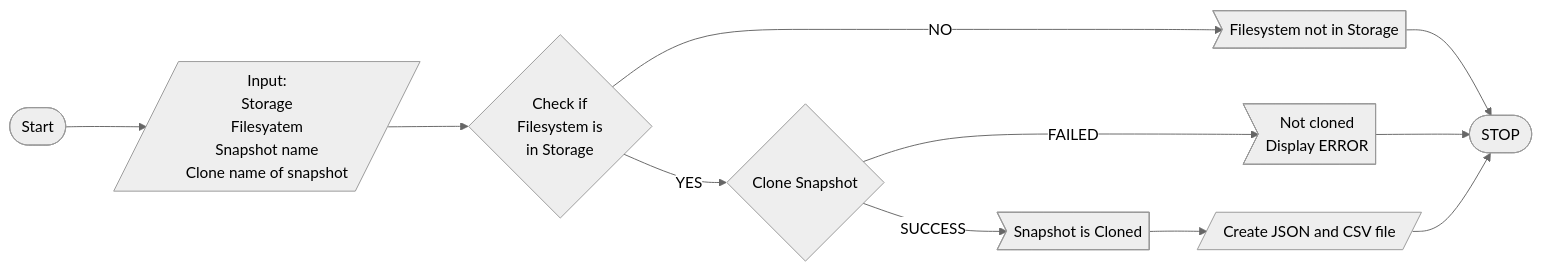
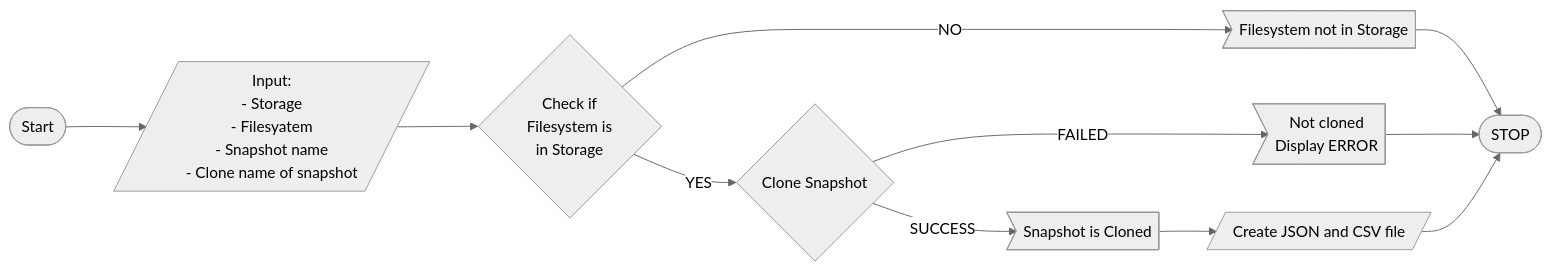
One commit to DMarkStorage/ZFS_clone_snapshot changed the diagram in README.md. Above: the diagram before and after it, drawn with Mermaid (neutral theme).

Commit message:
Modefied flowchart

````diff
--- a/README.md
+++ b/README.md
@@ -44,15 +44,15 @@
 ```mermaid
 flowchart LR
-    S([Start]) --> I[/Input:<br>Storage<br>Filesyatem<br>Snapshot name<br>Clone name of snapshot/]
+    S([Start]) --> I[/Input:<br>- Storage<br>- Filesyatem<br>- Snapshot name<br>- Clone name of snapshot/]
     I --> C{Check if<br>Filesystem is<br> in Storage}
     C --YES--> Y{Clone Snapshot}
     Y --SUCCESS--> O>Snapshot is Cloned]
     O --> OT[/Create JSON and CSV file/]
     Y --FAILED-->  N>Not cloned<br>Display ERROR]
     C --NO--> F>Filesystem not in Storage]
     F --> E([STOP])
     N --> E
     OT --> E
 
 
 ```
````
